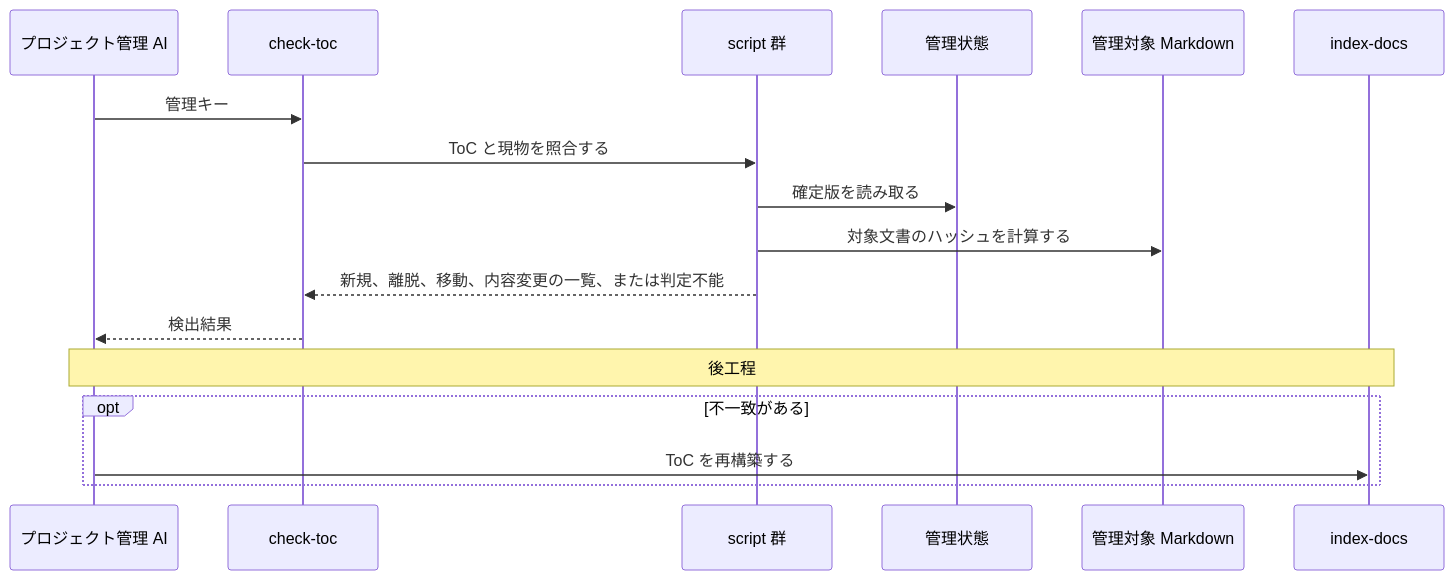
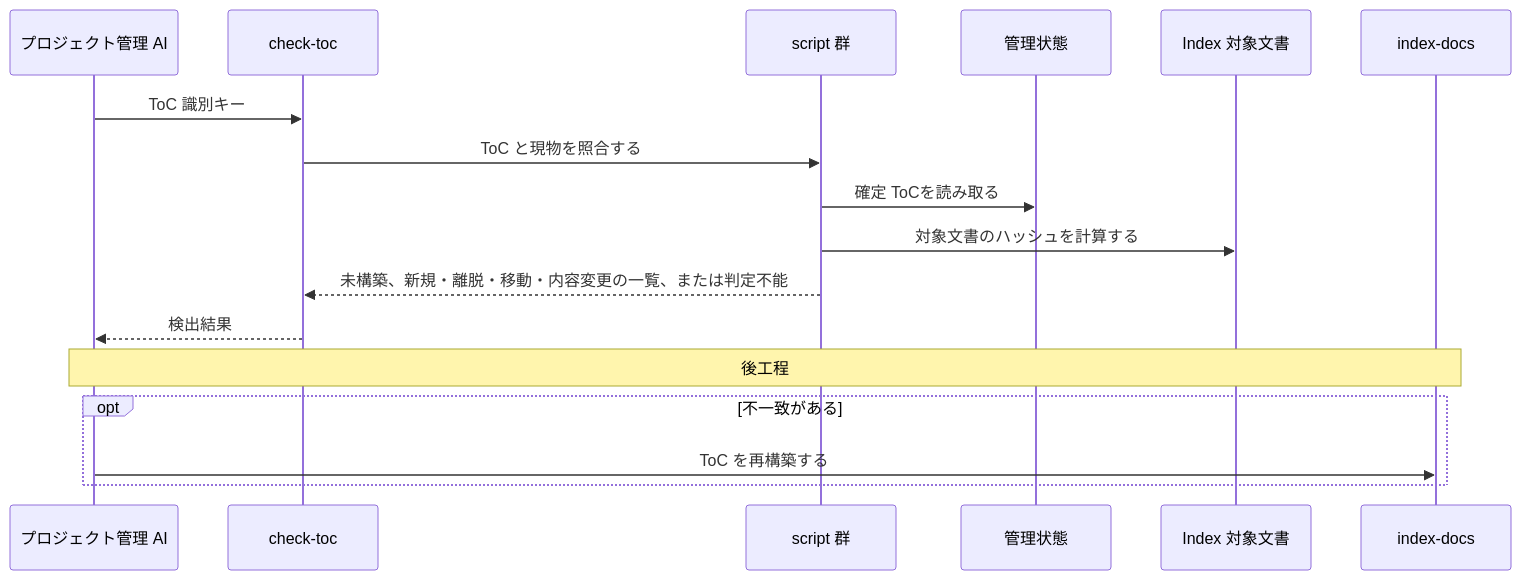
Before and after one commit to BlueEventHorizon/doc-link: the seventh of 9 diagrams in docs/specs/design/DES-010_skill-composition.md, drawn with Mermaid. The commit also changed other lines of this file and 23 other files, not shown here.

````diff
--- a/docs/specs/design/DES-010_skill-composition.md
+++ b/docs/specs/design/DES-010_skill-composition.md
@@ -299,20 +304,20 @@
 ```mermaid
 sequenceDiagram
     participant PM as プロジェクト管理 AI
     participant Skill as check-toc
     participant Scripts as script 群
     participant State as 管理状態
-    participant Docs as 管理対象 Markdown
+    participant Docs as Index 対象文書
     participant Index as index-docs
 
-    PM->>Skill: 管理キー
+    PM->>Skill: ToC 識別キー
     Skill->>Scripts: ToC と現物を照合する
-    Scripts->>State: 確定版を読み取る
+    Scripts->>State: 確定 ToCを読み取る
     Scripts->>Docs: 対象文書のハッシュを計算する
-    Scripts-->>Skill: 新規、離脱、移動、内容変更の一覧、または判定不能
+    Scripts-->>Skill: 未構築、新規・離脱・移動・内容変更の一覧、または判定不能
     Skill-->>PM: 検出結果
     Note over PM,Index: 後工程
     opt 不一致がある
         PM->>Index: ToC を再構築する
     end
 ```
````
